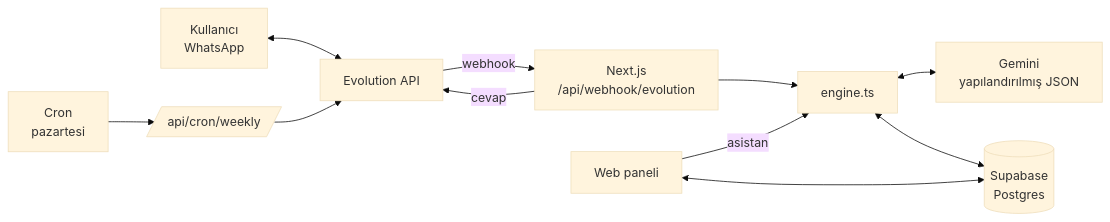
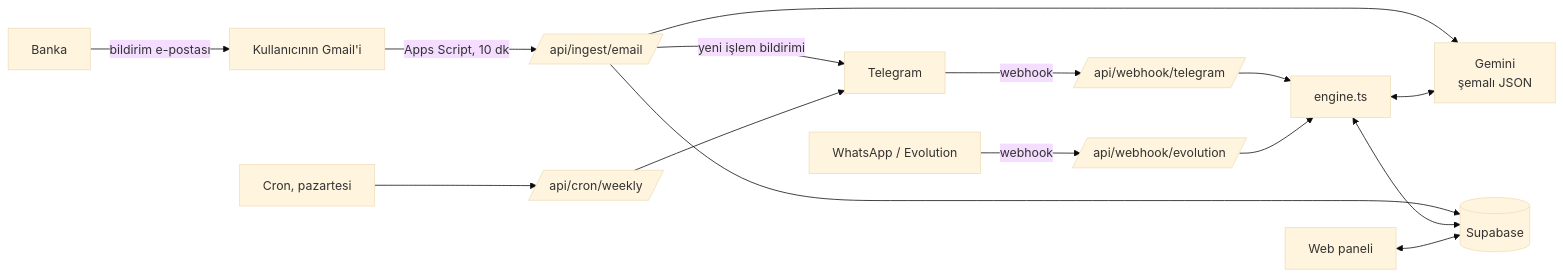
The diagram in README.md (SafaSenturk/whatsapp-ai-asistan), drawn with Mermaid (base theme) before and after one commit. The commit also changed other lines of this file and 53 other files, not shown here.

First line of the commit message:
Videodaki finans panelini ürünleştir: banka e-postası, 50/30/20 kovaları, planlama, Telegram

````diff
--- a/README.md
+++ b/README.md
@@ -54,12 +56,16 @@
 ```mermaid
 flowchart LR
-  U[Kullanıcı<br/>WhatsApp] <--> E[Evolution API]
-  E -- webhook --> W[Next.js<br/>/api/webhook/evolution]
-  W --> M[engine.ts]
-  M <--> G[Gemini<br/>yapılandırılmış JSON]
-  M <--> DB[(Supabase<br/>Postgres)]
-  W -- cevap --> E
+  B[Banka] -- bildirim e-postası --> GM[Kullanıcının Gmail'i]
+  GM -- Apps Script, 10 dk --> I[/api/ingest/email/]
+  T[Telegram] -- webhook --> TW[/api/webhook/telegram/]
+  W[WhatsApp / Evolution] -- webhook --> WW[/api/webhook/evolution/]
+  I --> AI[Gemini<br/>şemalı JSON]
+  TW --> E[engine.ts]
+  WW --> E
+  E <--> AI
+  I --> DB[(Supabase)]
+  E <--> DB
   P[Web paneli] <--> DB
-  P -- asistan --> M
-  C[Cron<br/>pazartesi] --> R[/api/cron/weekly/] --> E
+  I -- yeni işlem bildirimi --> T
+  C[Cron, pazartesi] --> R[/api/cron/weekly/] --> T
 ```
````
